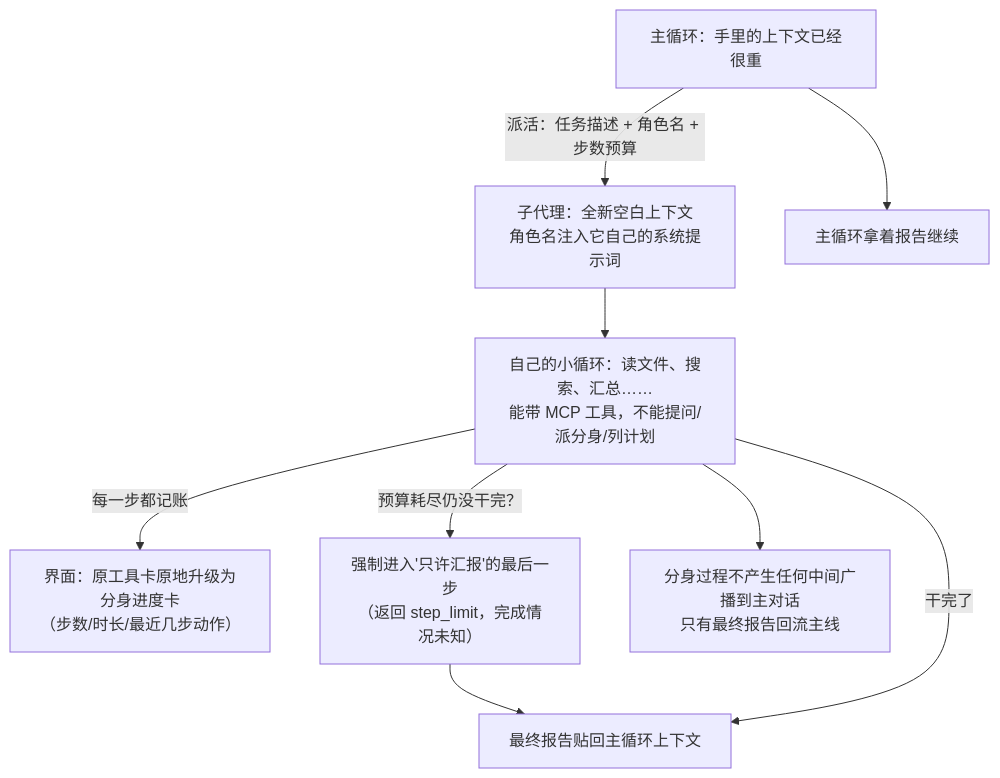
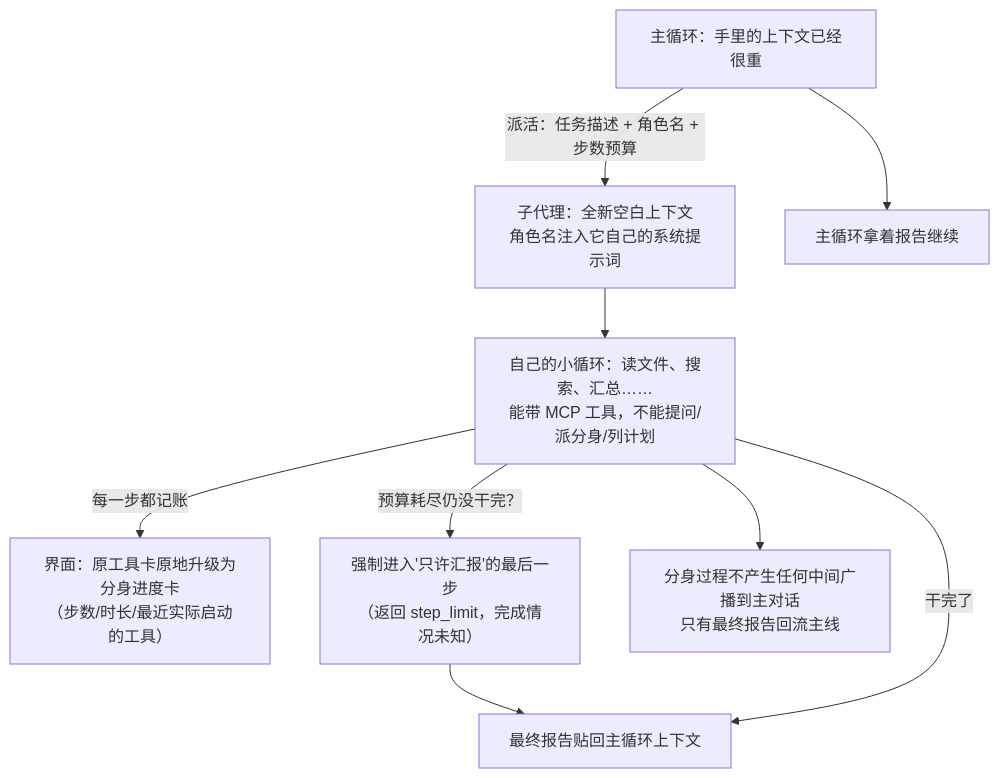
Diagram 14 of 16 in docs/agent-architecture.md (Bronya0/ally-agent), drawn with Mermaid before and after one commit. The commit also changed other lines of this file and 20 other files, not shown here.

````diff
--- a/docs/agent-architecture.md
+++ b/docs/agent-architecture.md
@@ -630,11 +632,11 @@
 ```mermaid
 flowchart TD
     MAIN["主循环：手里的上下文已经很重"] -->|"派活：任务描述 + 角色名 + 步数预算"| SUB["子代理：全新空白上下文<br/>角色名注入它自己的系统提示词"]
     SUB --> LOOP["自己的小循环：读文件、搜索、汇总……<br/>能带 MCP 工具，不能提问/派分身/列计划"]
-    LOOP -->|"每一步都记账"| UI["界面：原工具卡原地升级为分身进度卡<br/>（步数/时长/最近几步动作）"]
+    LOOP -->|"每一步都记账"| UI["界面：原工具卡原地升级为分身进度卡<br/>（步数/时长/最近实际启动的工具）"]
     LOOP -->|"预算耗尽仍没干完？"| FORCE["强制进入'只许汇报'的最后一步<br/>（返回 step_limit，完成情况未知）"]
     LOOP --> BUD["分身过程不产生任何中间广播到主对话<br/>只有最终报告回流主线"]
     FORCE --> REPORT
     LOOP -->|"干完了"| REPORT["最终报告贴回主循环上下文"]
     MAIN --> CONT["主循环拿着报告继续"]
 ```
````
